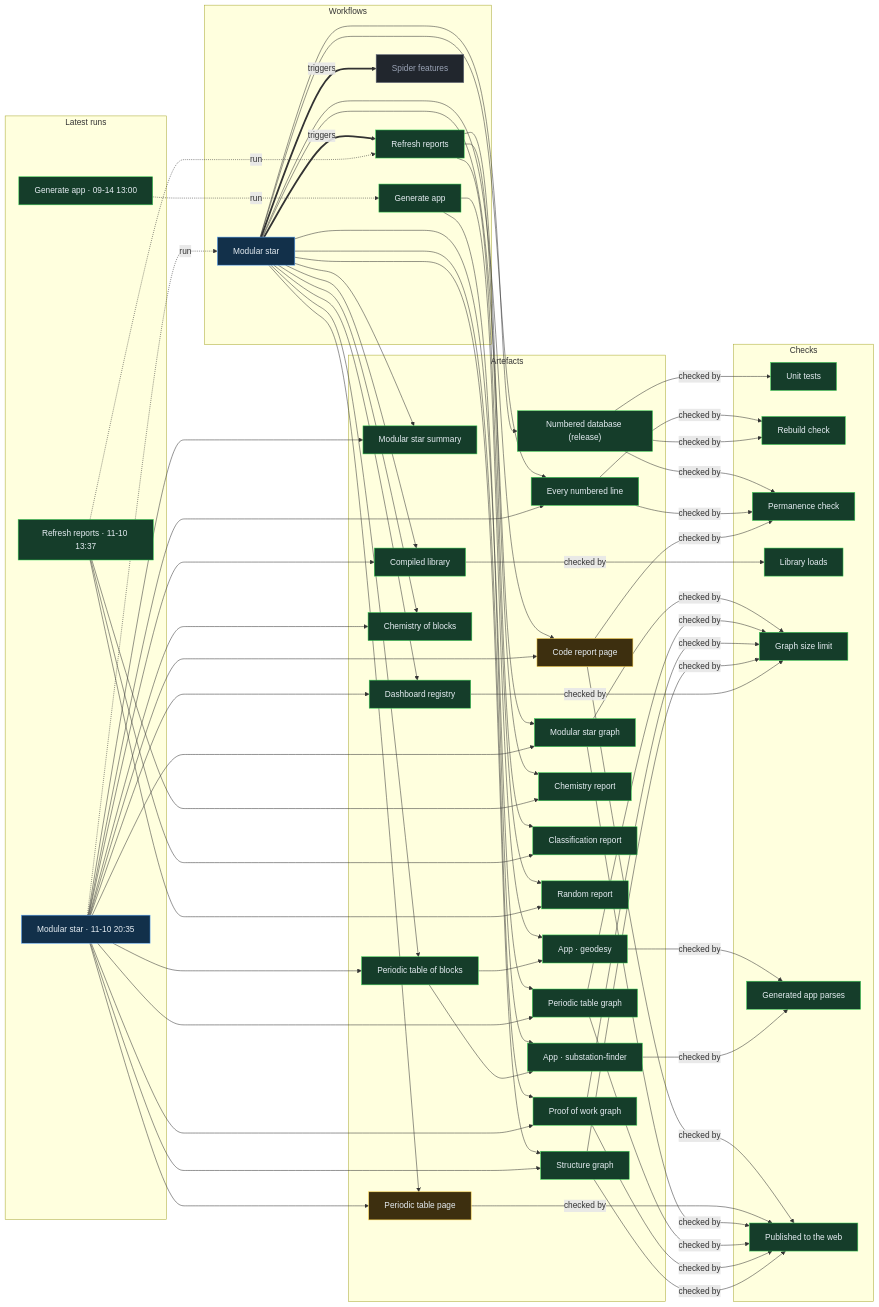
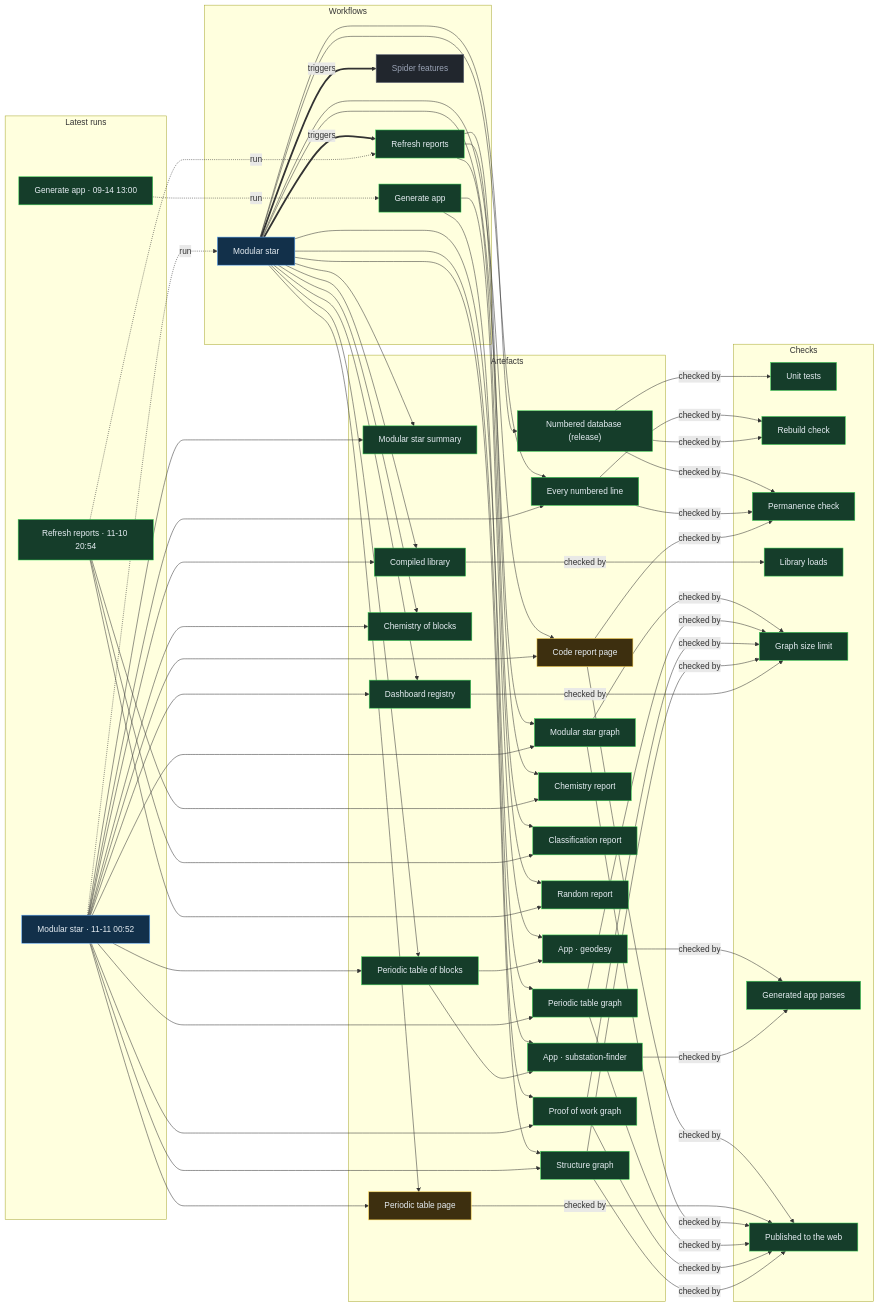
The diagram in proof/PROOF.md (Ventusltd/stars), drawn with Mermaid before and after one commit. The commit also changed other lines of this file and 34 other files, not shown here.

Commit message:
Modular star 2026-11-11T00:54Z

```diff
--- a/proof/PROOF.md
+++ b/proof/PROOF.md
@@ -24,8 +24,8 @@
   n_wf_spider_features["Spider features"]:::off
   end
   subgraph g_runs["Latest runs"]
-  n_run_42896748876["Modular star · 11-10 20:35"]:::live
-  n_run_42826292069["Refresh reports · 11-10 13:37"]:::ok
+  n_run_42934699492["Modular star · 11-11 00:52"]:::live
+  n_run_42899896160["Refresh reports · 11-10 20:54"]:::ok
   n_run_34846587798["Generate app · 09-14 13:00"]:::ok
   end
   subgraph g_artefacts["Artefacts"]
@@ -59,39 +59,39 @@
   end
   n_wf_modular_star == triggers ==> n_wf_refresh
   n_wf_modular_star == triggers ==> n_wf_spider_features
-  n_run_42896748876 -. run .-> n_wf_modular_star
-  n_run_42826292069 -. run .-> n_wf_refresh
+  n_run_42934699492 -. run .-> n_wf_modular_star
+  n_run_42899896160 -. run .-> n_wf_refresh
   n_run_34846587798 -. run .-> n_wf_generate
   n_wf_modular_star --> n_art_summary
-  n_run_42896748876 --> n_art_summary
+  n_run_42934699492 --> n_art_summary
   n_wf_modular_star --> n_art_lines
-  n_run_42896748876 --> n_art_lines
+  n_run_42934699492 --> n_art_lines
   n_wf_modular_star --> n_art_code
-  n_run_42896748876 --> n_art_code
+  n_run_42934699492 --> n_art_code
   n_wf_modular_star --> n_art_modular_graph
-  n_run_42896748876 --> n_art_modular_graph
+  n_run_42934699492 --> n_art_modular_graph
   n_wf_modular_star --> n_art_blocks
-  n_run_42896748876 --> n_art_blocks
+  n_run_42934699492 --> n_art_blocks
   n_wf_modular_star --> n_art_table
-  n_run_42896748876 --> n_art_table
+  n_run_42934699492 --> n_art_table
   n_wf_modular_star --> n_art_blocks_graph
-  n_run_42896748876 --> n_art_blocks_graph
+  n_run_42934699492 --> n_art_blocks_graph
   n_wf_modular_star --> n_art_reactions
-  n_run_42896748876 --> n_art_reactions
+  n_run_42934699492 --> n_art_reactions
   n_wf_modular_star --> n_art_library
-  n_run_42896748876 --> n_art_library
+  n_run_42934699492 --> n_art_library
   n_wf_modular_star --> n_art_features
-  n_run_42896748876 --> n_art_features
+  n_run_42934699492 --> n_art_features
   n_wf_modular_star --> n_art_proof
-  n_run_42896748876 --> n_art_proof
+  n_run_42934699492 --> n_art_proof
   n_wf_modular_star --> n_art_structure
-  n_run_42896748876 --> n_art_structure
+  n_run_42934699492 --> n_art_structure
   n_wf_refresh --> n_art_chemistry
-  n_run_42826292069 --> n_art_chemistry
+  n_run_42899896160 --> n_art_chemistry
   n_wf_refresh --> n_art_vedic
-  n_run_42826292069 --> n_art_vedic
+  n_run_42899896160 --> n_art_vedic
   n_wf_refresh --> n_art_random
-  n_run_42826292069 --> n_art_random
+  n_run_42899896160 --> n_art_random
   n_wf_modular_star --> n_art_release
   n_wf_generate --> n_app_geodesy
   n_art_blocks --> n_app_geodesy
```
